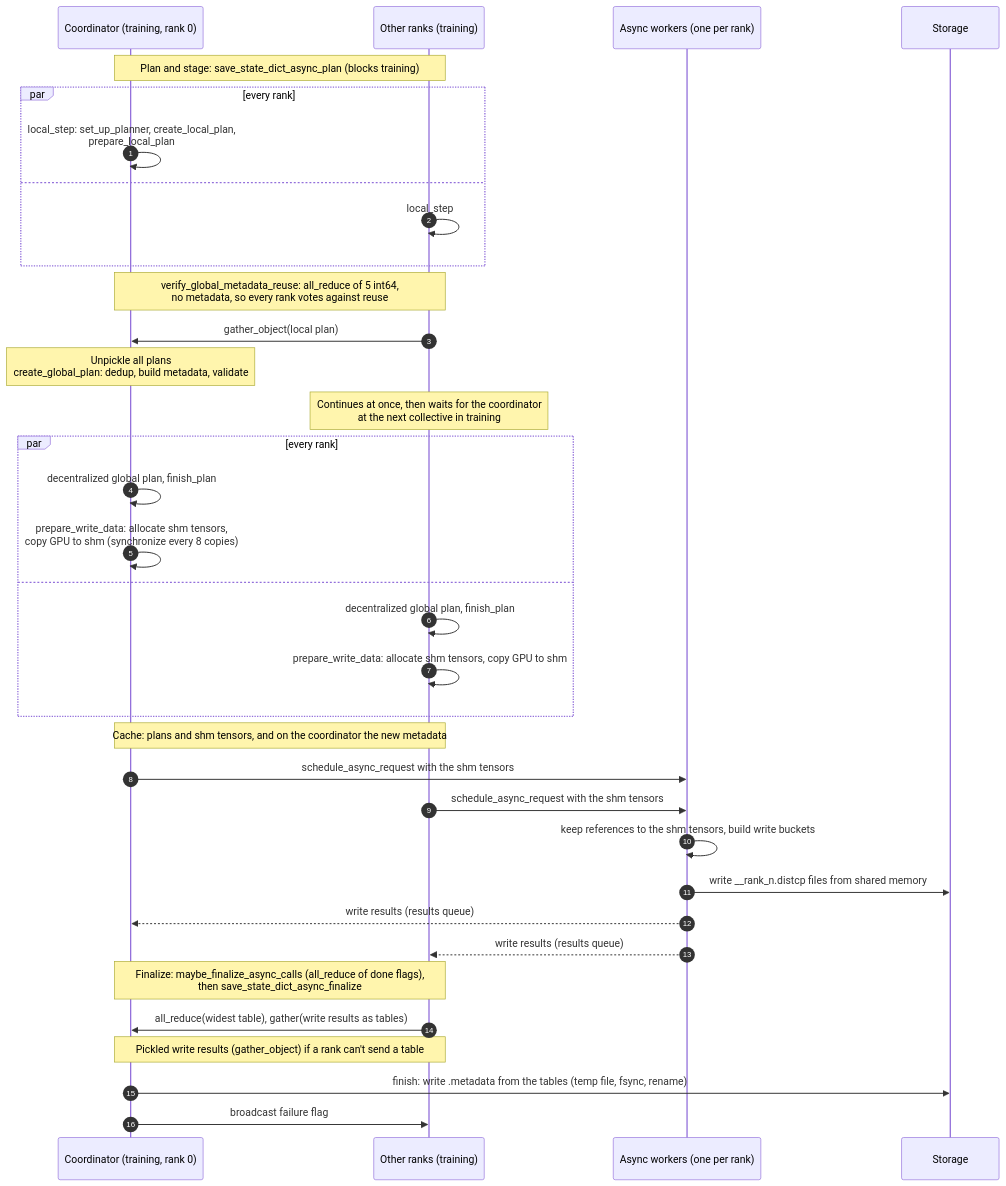
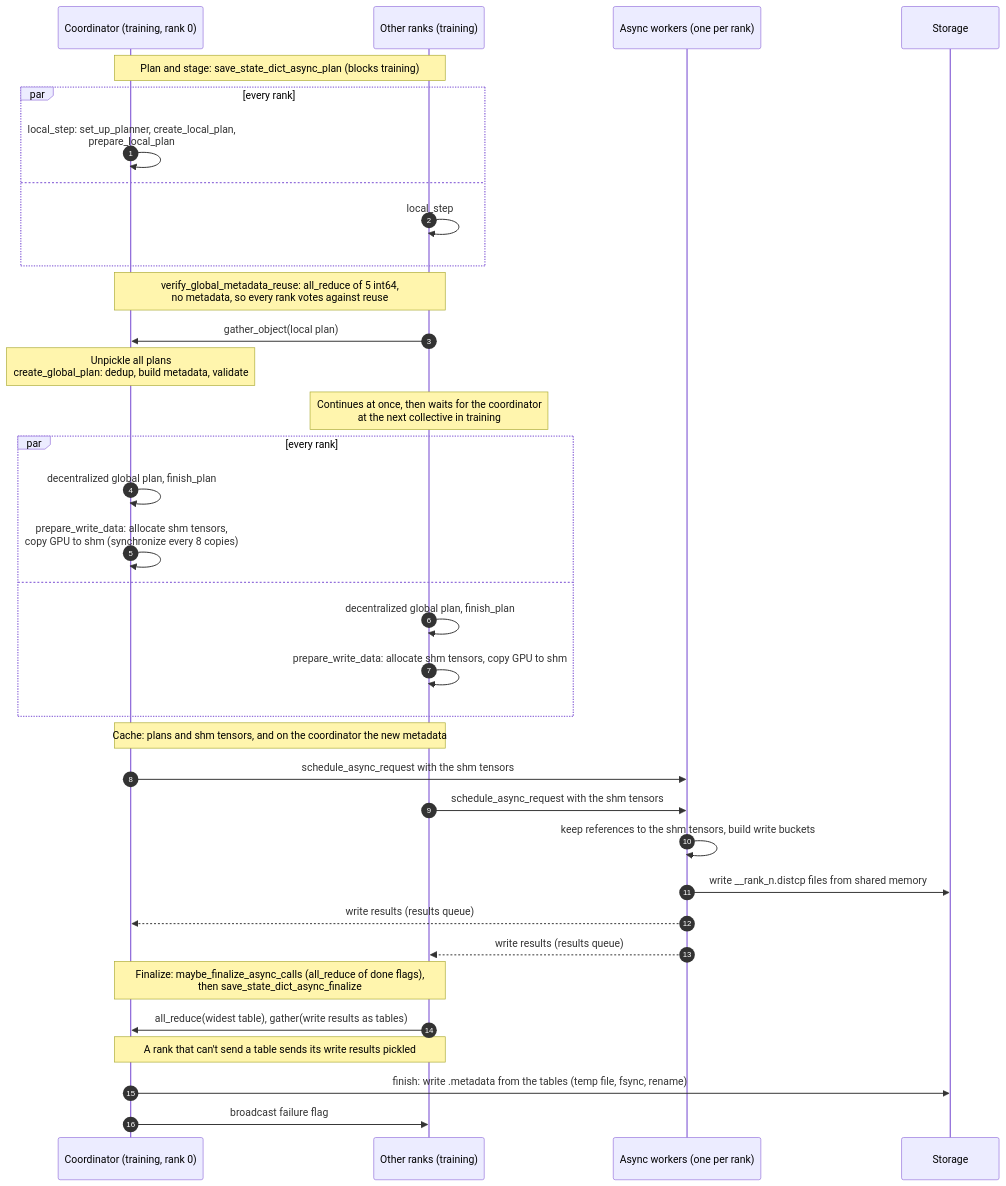
One commit to NVIDIA/nvidia-resiliency-ext changed the first of 3 diagrams in docs/design/checkpoint/ASYNC_SAVE.md. Above: the diagram before and after it, drawn with Mermaid. The commit also changed 5 other files, not shown here.

First line of the commit message:
Let each rank send a table or its pickled write results

````diff
--- a/docs/design/checkpoint/ASYNC_SAVE.md
+++ b/docs/design/checkpoint/ASYNC_SAVE.md
@@ -55,40 +55,40 @@
 ```mermaid
 sequenceDiagram
     autonumber
     participant C as Coordinator (training, rank 0)
     participant R as Other ranks (training)
     participant W as Async workers (one per rank)
     participant S as Storage
 
     Note over C,R: Plan and stage: save_state_dict_async_plan (blocks training)
     par every rank
         C->>C: local_step: set_up_planner, create_local_plan,<br/>prepare_local_plan
     and
         R->>R: local_step
     end
     Note over C,R: verify_global_metadata_reuse: all_reduce of 5 int64,<br/>no metadata, so every rank votes against reuse
     R->>C: gather_object(local plan)
     Note over C: Unpickle all plans<br/>create_global_plan: dedup, build metadata, validate
     Note over R: Continues at once, then waits for the coordinator<br/>at the next collective in training
     par every rank
         C->>C: decentralized global plan, finish_plan
         C->>C: prepare_write_data: allocate shm tensors,<br/>copy GPU to shm (synchronize every 8 copies)
     and
         R->>R: decentralized global plan, finish_plan
         R->>R: prepare_write_data: allocate shm tensors, copy GPU to shm
     end
     Note over C,R: Cache: plans and shm tensors, and on the coordinator the new metadata
 
     C->>W: schedule_async_request with the shm tensors
     R->>W: schedule_async_request with the shm tensors
     W->>W: keep references to the shm tensors, build write buckets
     W->>S: write __rank_n.distcp files from shared memory
     W-->>C: write results (results queue)
     W-->>R: write results (results queue)
 
     Note over C,R: Finalize: maybe_finalize_async_calls (all_reduce of done flags),<br/>then save_state_dict_async_finalize
     R->>C: all_reduce(widest table), gather(write results as tables)
-    Note over C,R: Pickled write results (gather_object) if a rank can't send a table
+    Note over C,R: A rank that can't send a table sends its write results pickled
     C->>S: finish: write .metadata from the tables (temp file, fsync, rename)
     C->>R: broadcast failure flag
 ```
````
